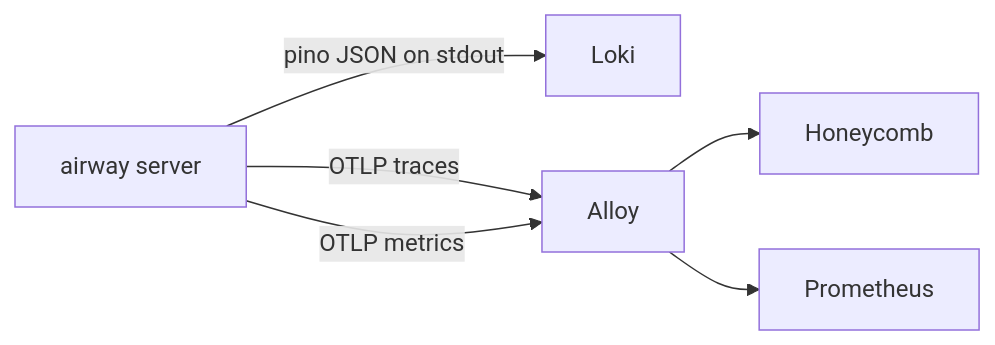
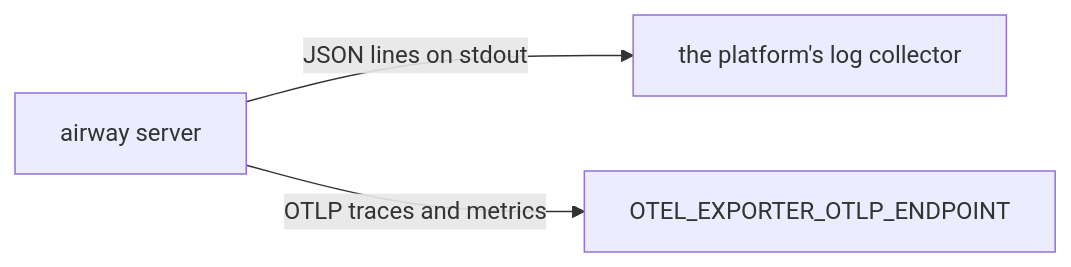
Before and after one commit to bojanrajkovic/airway: the diagram in docs/observability.md, drawn with Mermaid. The commit also changed other lines of this file and 2 other files, not shown here.

Commit message:
fix(server): don't name the log and telemetry backends
airway logs to stdout and sends OTLP to whatever endpoint is set. Which
collector reads them is the deployment's choice, so comments and docs
no longer name Loki, Alloy, Prometheus, Grafana, or Honeycomb.

````diff
--- a/docs/observability.md
+++ b/docs/observability.md
@@ -5,8 +5,5 @@
 ```mermaid
 flowchart LR
-  S[airway server] -- pino JSON on stdout --> L[Loki]
-  S -- OTLP traces --> A[Alloy]
-  S -- OTLP metrics --> A
-  A --> H[Honeycomb]
-  A --> P[Prometheus]
+  S[airway server] -- JSON lines on stdout --> L[the platform's log collector]
+  S -- OTLP traces and metrics --> C[OTEL_EXPORTER_OTLP_ENDPOINT]
 ```
````
